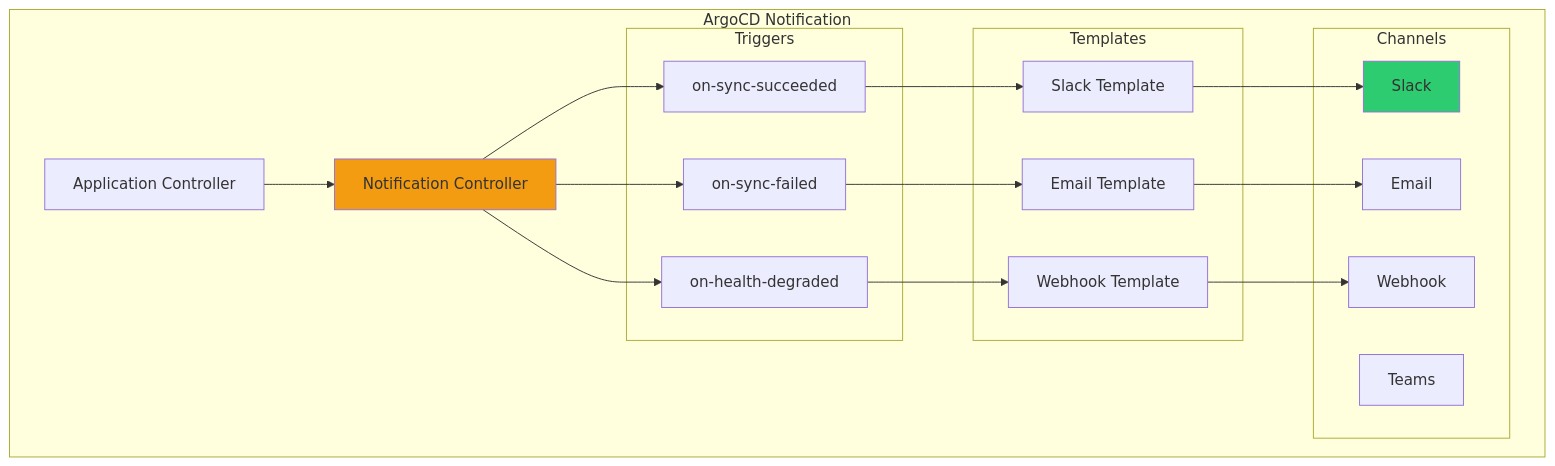
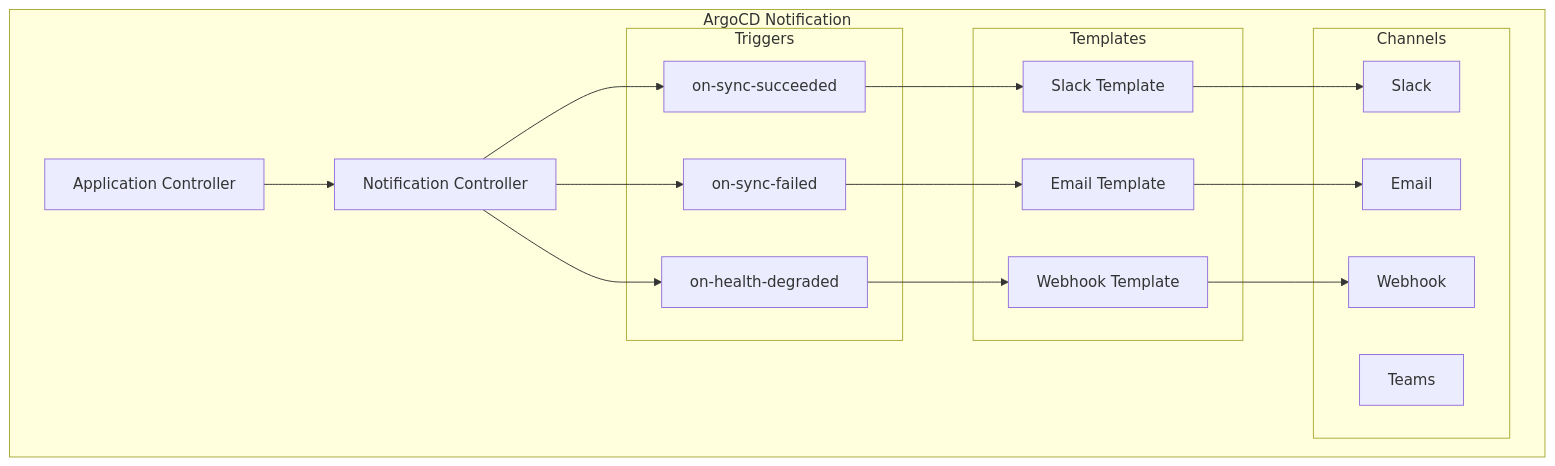
Before and after one commit to juwon8891/juwon8891.github.io: diagram 12 of 12 in docs/cicd/week6-argocd-final.md, drawn with Mermaid. The commit also changed other lines of this file and 18 other files, not shown here.

Commit message:
Remove bright colors from Mermaid diagrams for dark mode compatibility

````diff
--- a/docs/cicd/week6-argocd-final.md
+++ b/docs/cicd/week6-argocd-final.md
@@ -1723,42 +1699,40 @@
 ```mermaid
 graph TB
     subgraph "ArgoCD Notification"
         AC[Application Controller]
         NC[Notification Controller]
 
         subgraph "Triggers"
             T1[on-sync-succeeded]
             T2[on-sync-failed]
             T3[on-health-degraded]
         end
 
         subgraph "Templates"
             TM1[Slack Template]
             TM2[Email Template]
             TM3[Webhook Template]
         end
 
         subgraph "Channels"
             C1[Slack]
             C2[Email]
             C3[Webhook]
             C4[Teams]
         end
     end
 
     AC --> NC
     NC --> T1
     NC --> T2
     NC --> T3
 
     T1 --> TM1
     T2 --> TM2
     T3 --> TM3
 
     TM1 --> C1
     TM2 --> C2
     TM3 --> C3
 
-    style NC fill:#F39C12
-    style C1 fill:#2ECC71
 ```
````
